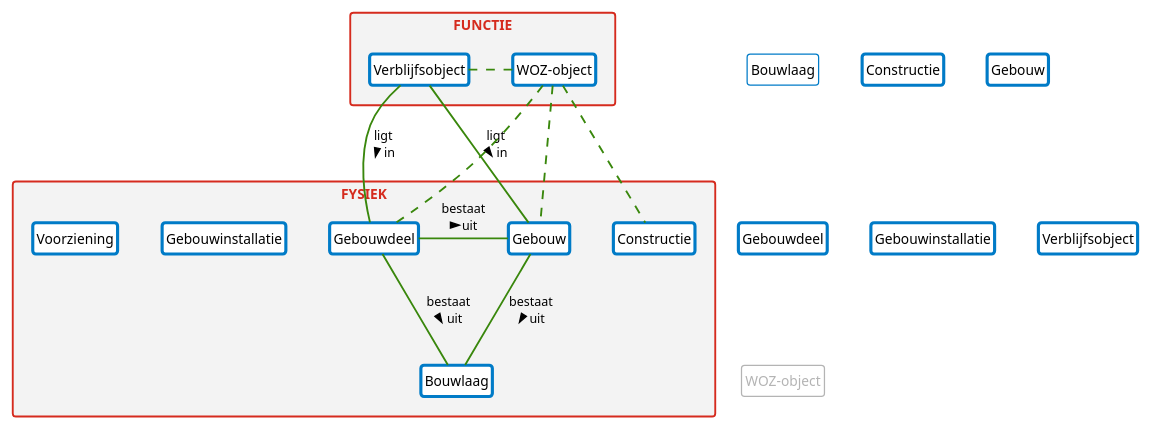
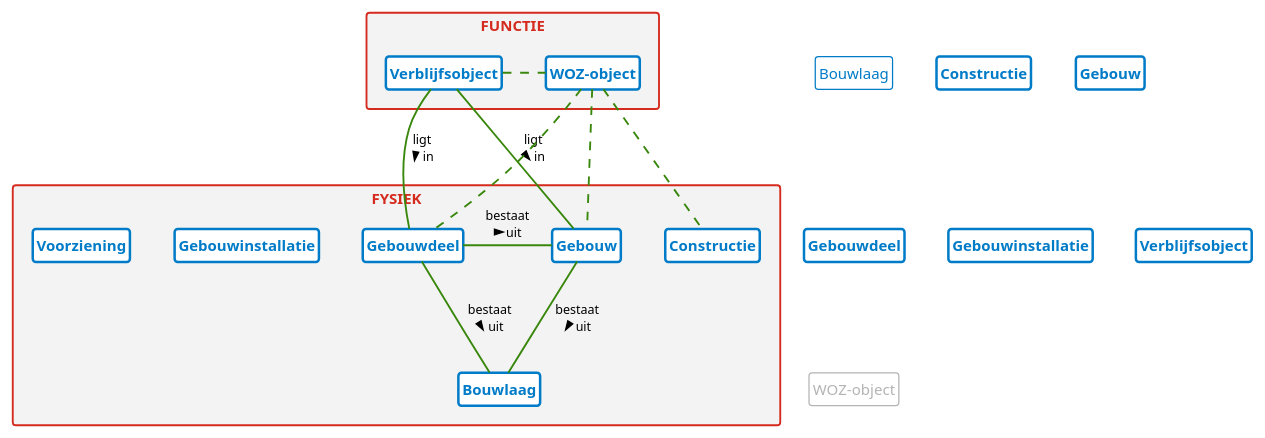
One commit to geobasisregistraties/werkgroep-bouwwerken changed the diagram in model/houtskoolschets 2.puml. Above: the diagram before and after it, drawn with PlantUML. The commit also changed 7 other files, not shown here.

```diff
--- a/model/houtskoolschets 2.puml
+++ b/model/houtskoolschets 2.puml
@@ -1,154 +1,161 @@
 @startuml
 
 ' --------v-v-v-v-v-v-v-v--------
 ' https://www.rijkshuisstijl.nl/organisatiespecifieke-richtlijnen/ministerie-van-binnenlandse-zaken-en-koninkrijksrelaties/deelidentiteit-kerndepartement-bzk
 ' https://www.rijkshuisstijl.nl/basiselementen/basiselementen-online/online-kleuren
 '
 ' # Communicatiekleuren
 ' Het kerndepartement van BZK heeft uit het kleurenpalet van de rijkshuisstijl drie kleuren (elk met tint1 / tint2) gekozen:
 ' - Rijksoverheid hemelblauw #007bc7 (#b2d7ee/#d9ebf7)
 ' - Rijksoverheid rood #d52b1e (#f2bfbb/#f9dfdd)
 ' - Rijksoverheid groen #39870c (#c3dbb6/#e1eddb)
 ' Het gebruik van deze kleuren in combinatie met veel wit wordt gestimuleerd.
 '
 ' # Tinten voor achtergrondkaders, grafieken en tabellen
 ' Voor achtergrondkaders, grafieken en tabellen kunnen 7 neutrale grijstinten of tinten van een communicatiekleur in stappen van 20% worden toegepast. Voor tekstachtergrond wordt grijstint1 of communicatiekleur tint2 aanbevolen om aan de contrasteisen voor een goede leesbaarheid te voldoen.
 '
 ' Rijksoverheid grijs 1 #f3f3f3
 ' Rijksoverheid grijs 2 #e6e6e6
 ' Rijksoverheid grijs 3 #cccccc
 ' Rijksoverheid grijs 4 #b4b4b4
 ' Rijksoverheid grijs 5 #999999
 ' Rijksoverheid grijs 6 #696969
 ' Rijksoverheid grijs 7 #535353
 
 ' --------^-^-^-^-^-^-^-^--------
 
 skinparam defaultFontColor black
 skinparam defaultFontName Lucida Sans
 skinparam defaultFontSize 11
 skinparam defaultFontStyle normal
 skinparam defaultMonospacedFontName Lucida Sans Typewriter
 ' skinparam defaultTextAlignment left
 ' skinparam lineType ortho
 ' skinparam lineType polyline
 skinparam shadowing false
 skinparam wrapWidth 165
 
 skinparam class {
     ArrowColor #39870c
     ArrowFontSize 10
 '     ArrowTextAlignment center
     ArrowThickness 1.5
+'     AttributeFontColor #000000
     AttributeIconSize 0
     BackgroundColor #ffffff
     BorderColor #007bc7
-    BorderThickness 2.5
+    BorderThickness 2
+    FontColor #007bc7
+    FontSize 12
+    FontStyle bold
 '     StereotypeFontStyle italic
+'     StereotypeFontColor #000000
 }
 
-skinparam class<< extern >> {
+skinparam class<<extern>> {
     AttributeFontColor #b4b4b4
     BorderColor #b4b4b4
     FontColor #b4b4b4
     StereotypeFontColor #b4b4b4
 }
 
-skinparam class<< vrijwillig >> {
+skinparam class<<vrijwillig>> {
     BorderThickness 1
+    FontStyle normal
 }
 
 skinparam note {
     BackgroundColor #fdf6bb
     BorderColor #f9e11e
     FontColor #007bc7
 }
 
 skinparam package {
     BackgroundColor #f3f3f3
     BorderColor #d52b1e
     FontColor #d52b1e
+    FontSize 12
     FontStyle bold
     Style rectangle
 }
 
 skinparam package<< subpackage >> {
     BackgroundColor #e6e6e6
     BorderColor #e6e6e6
     FontStyle normal
 }
 
 hide circle
 
 hide empty members
 
 hide stereotype
 
 ' hide AbstractObject
 
 
 ' =================================================================================================
 
 
 package "FUNCTIE" {
     class Verblijfsobject {
     }
     class WOZ-object {
     }
 }
 
 package "FYSIEK" {
     class Bouwlaag {
     }
     class Constructie {
     }
     class Gebouw {
     }
     class Gebouwdeel {
     }
     class Gebouwinstallatie {
     }
     class Voorziening {
     }
     together {
         class Bouwlaag {
         }
         class Gebouwinstallatie {
         }
         class Voorziening {
         }
     }
 }
 
 Verblijfsobject -- Gebouw : ligt\nin >
 Verblijfsobject -- Gebouwdeel : ligt\nin >
 Gebouw -left- Gebouwdeel : bestaat\nuit >
 Gebouw -- Bouwlaag : bestaat\nuit >
 Gebouwdeel -- Bouwlaag : bestaat\nuit >
 "WOZ-object" .. Gebouw
 "WOZ-object" .. Gebouwdeel
 "WOZ-object" .left. Verblijfsobject
 "WOZ-object" .. Constructie
 
 class Bouwlaag << Objecttype >> << vrijwillig >> {
 }
 
 class Constructie {
 }
 
 class Gebouw << Objecttype >> {
 }
 
 class Gebouwdeel << Objecttype >> {
 }
 
 class Gebouwinstallatie {
 }
 
 class Verblijfsobject << Objecttype >> {
 }
 
 class WOZ-object << Objecttype >> << extern >> << vrijwillig >> {
 }
 
 @enduml
```
